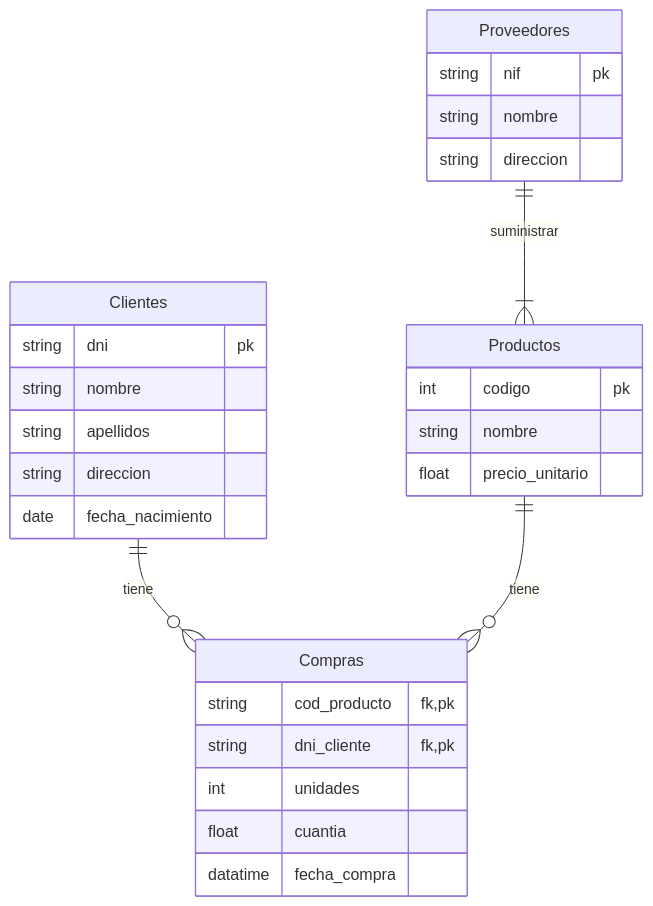
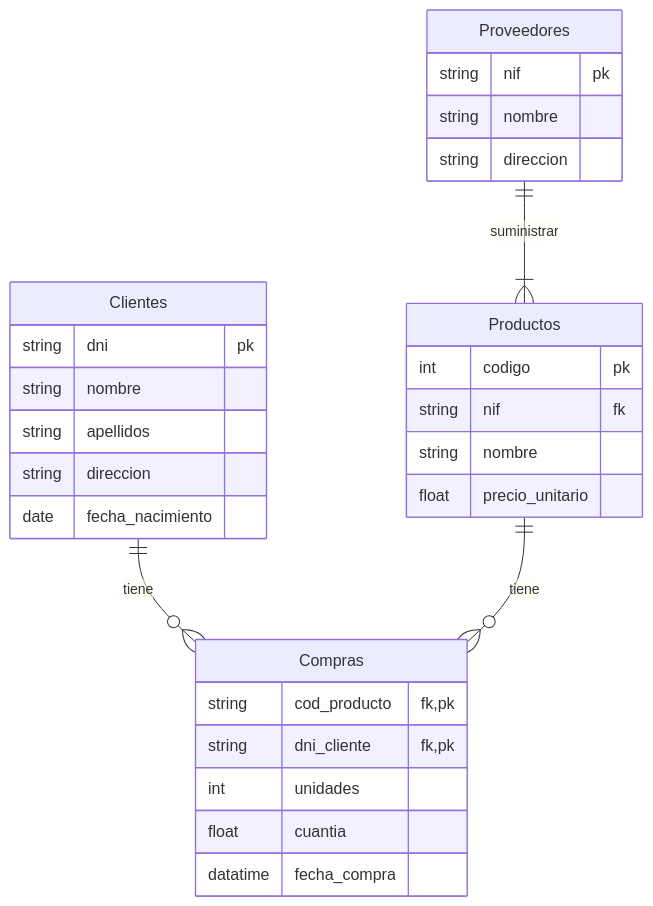
One commit to mmourazos/Curso-2024-2025 changed the diagram in docs/GBD/UD 03 - Modelo relacional/Ejercicios/Ejercicio 1.md. Above: the diagram before and after it, drawn with Mermaid. The commit also changed other lines of this file and 1 other file, not shown here.

````diff
--- a/docs/GBD/UD 03 - Modelo relacional/Ejercicios/Ejercicio 1.md
+++ b/docs/GBD/UD 03 - Modelo relacional/Ejercicios/Ejercicio 1.md
@@ -30,34 +30,35 @@
 ```mermaid
 erDiagram
 Productos {
    int codigo pk
+   string nif fk
    string nombre
    float precio_unitario
 }
 
 Clientes {
    string dni pk
    string nombre
    string apellidos
    string direccion
    date fecha_nacimiento
 }
 
 Proveedores {
    string nif pk
    string nombre
    string direccion
 }
 
 Compras {
   string cod_producto fk,pk
   string dni_cliente fk,pk
   int unidades
   float cuantia
   datatime fecha_compra
 }
 
 Proveedores ||--|{ Productos: suministrar
 Clientes ||--o{ Compras : tiene
 Productos ||--o{ Compras : tiene
 ```
````
